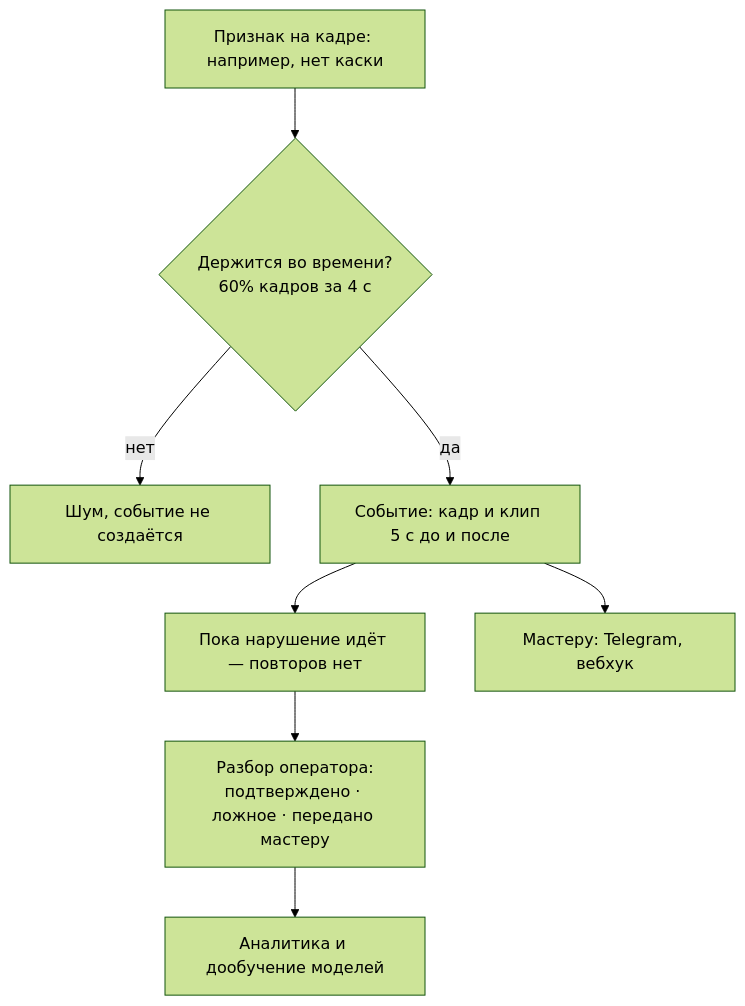
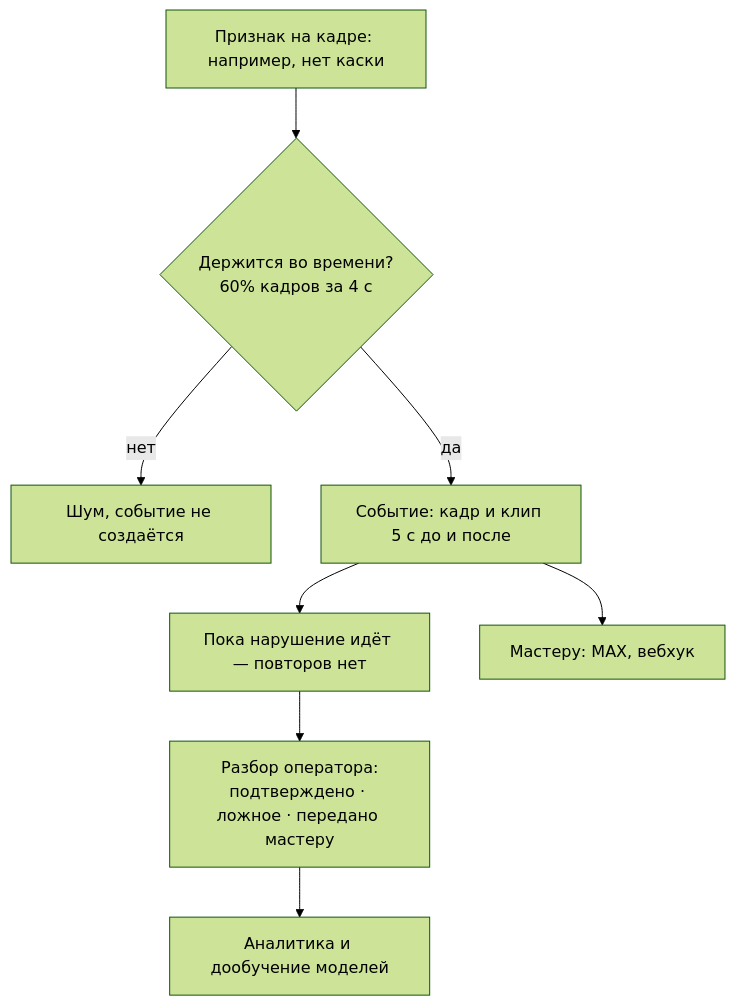
Before and after one commit to ultraevs/mospromhack: the second of 2 diagrams in README.md, drawn with Mermaid (forest theme). The commit also changed other lines of this file and 30 other files, not shown here.

First line of the commit message:
notifications: telegram -> max messenger, violation sound with mute in header

````diff
--- a/README.md
+++ b/README.md
@@ -94,10 +94,10 @@
 ```mermaid
 flowchart TB
     A["Признак на кадре: например, нет каски"] --> B{"Держится во времени?<br/>60% кадров за 4 с"}
     B -- нет --> X["Шум, событие не создаётся"]
     B -- да --> C["Событие: кадр и клип 5 с до и после"]
     C --> D["Пока нарушение идёт — повторов нет"]
-    C --> T["Мастеру: Telegram, вебхук"]
+    C --> T["Мастеру: MAX, вебхук"]
     D --> E["Разбор оператора:<br/>подтверждено · ложное · передано мастеру"]
     E --> F["Аналитика и дообучение моделей"]
 ```
````
